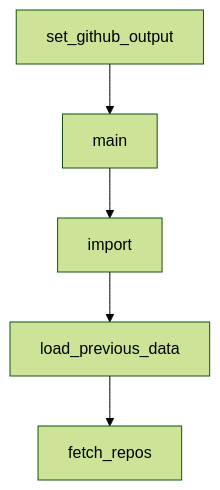
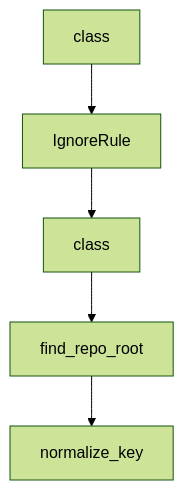
One commit to johnxie/awesome-code-docs changed the diagram in tutorials/awesome-claude-code-tutorial/08-contribution-workflow-and-governance.md. Above: the diagram before and after it, drawn with Mermaid (forest theme). The commit also changed other lines of this file and 1232 other files, not shown here.

````diff
--- a/tutorials/awesome-claude-code-tutorial/08-contribution-workflow-and-governance.md
+++ b/tutorials/awesome-claude-code-tutorial/08-contribution-workflow-and-governance.md
@@ -215,12 +222,12 @@
 ```mermaid
 flowchart TD
-    A[set_github_output]
-    B[main]
-    C[import]
-    D[load_previous_data]
-    E[fetch_repos]
+    A[class]
+    B[IgnoreRule]
+    C[class]
+    D[find_repo_root]
+    E[normalize_key]
     A --> B
     B --> C
     C --> D
     D --> E
 ```
````
